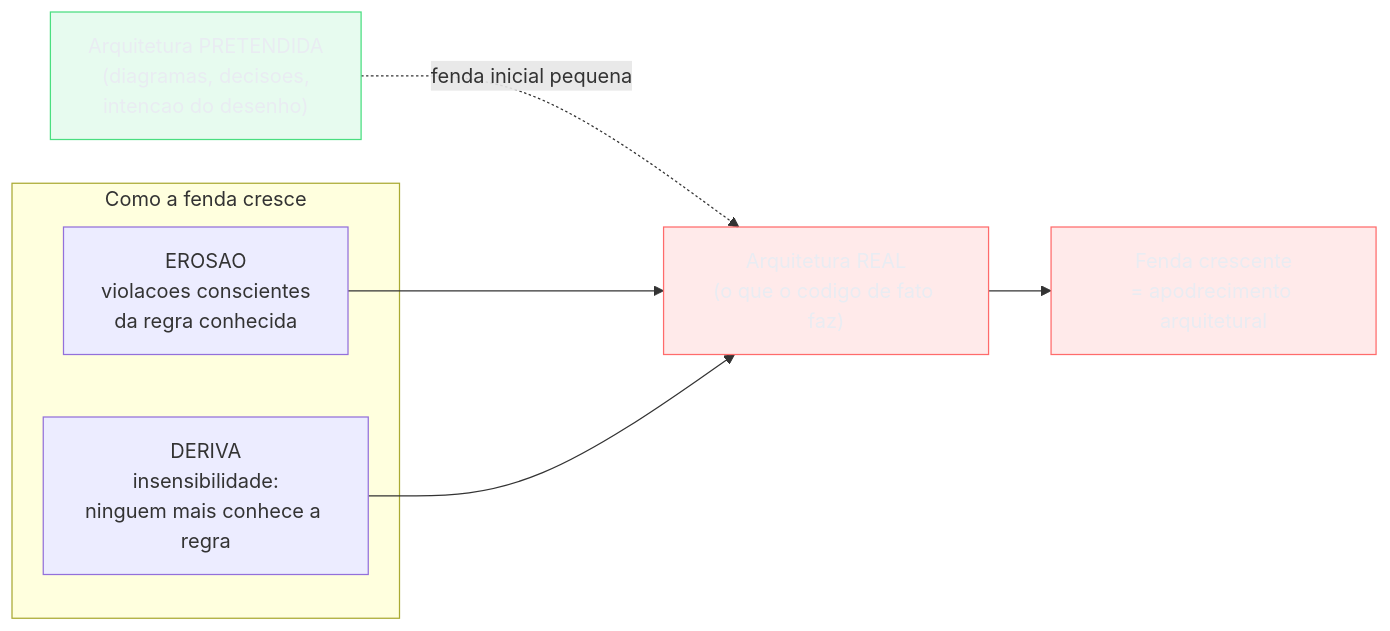
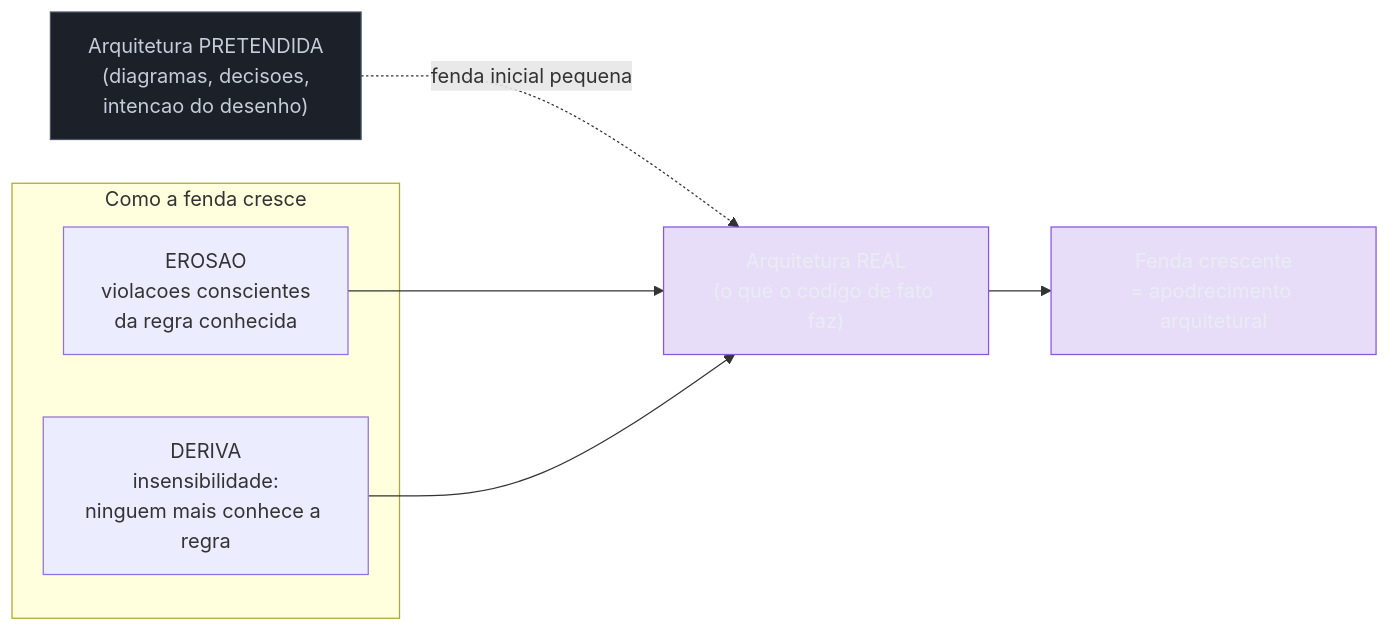
The third of 4 diagrams in 03-Dominios/Engenharia/Complexidade de Software/13 - Entropia de software e decaimento.md (josenaldo/codex-technomanticus), drawn with Mermaid before and after one commit. The commit also changed other lines of this file and 601 other files, not shown here.

````diff
--- a/03-Dominios/Engenharia/Complexidade de Software/13 - Entropia de software e decaimento.md
+++ b/03-Dominios/Engenharia/Complexidade de Software/13 - Entropia de software e decaimento.md
@@ -221,23 +222,23 @@
 ```mermaid
 flowchart LR
-    classDef ok fill:#4ADE8021,stroke:#4ADE80,color:#E9ECF2
-    classDef falha fill:#FF6B6B24,stroke:#FF6B6B,color:#E9ECF2
+    classDef marca fill:#8855DF33,stroke:#8855DF,color:#E9ECF2
+    classDef neutro fill:#1B2029,stroke:#4E5666,color:#C6CCD8
     P["Arquitetura PRETENDIDA<br/>(diagramas, decisoes,<br/>intencao do desenho)"]
     R["Arquitetura REAL<br/>(o que o codigo de fato faz)"]
 
     P -. fenda inicial pequena .-> R
 
     subgraph Modos["Como a fenda cresce"]
         E["EROSAO<br/>violacoes conscientes<br/>da regra conhecida"]
         D["DERIVA<br/>insensibilidade:<br/>ninguem mais conhece a regra"]
     end
 
     E --> R
     D --> R
 
     R --> G["Fenda crescente<br/>= apodrecimento arquitetural"]
 
-    class P ok
-    class R falha
-    class G falha
+    class P neutro
+    class R marca
+    class G marca
 ```
````
